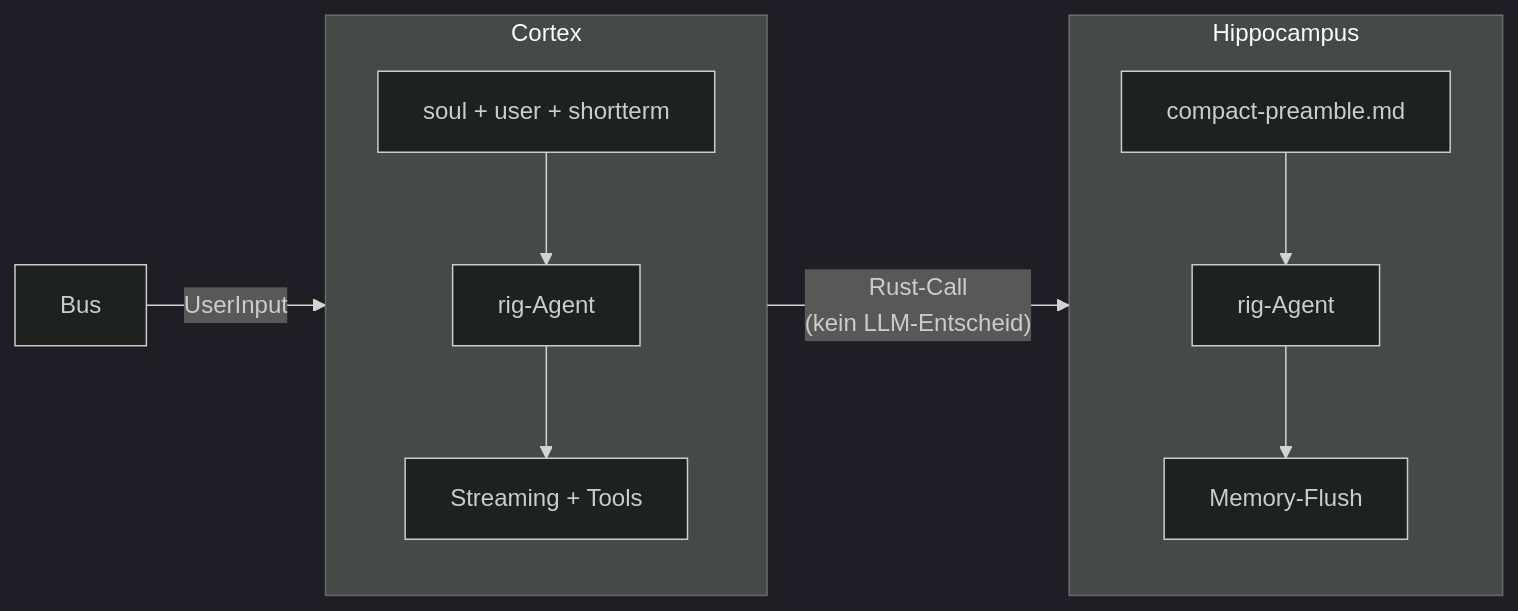
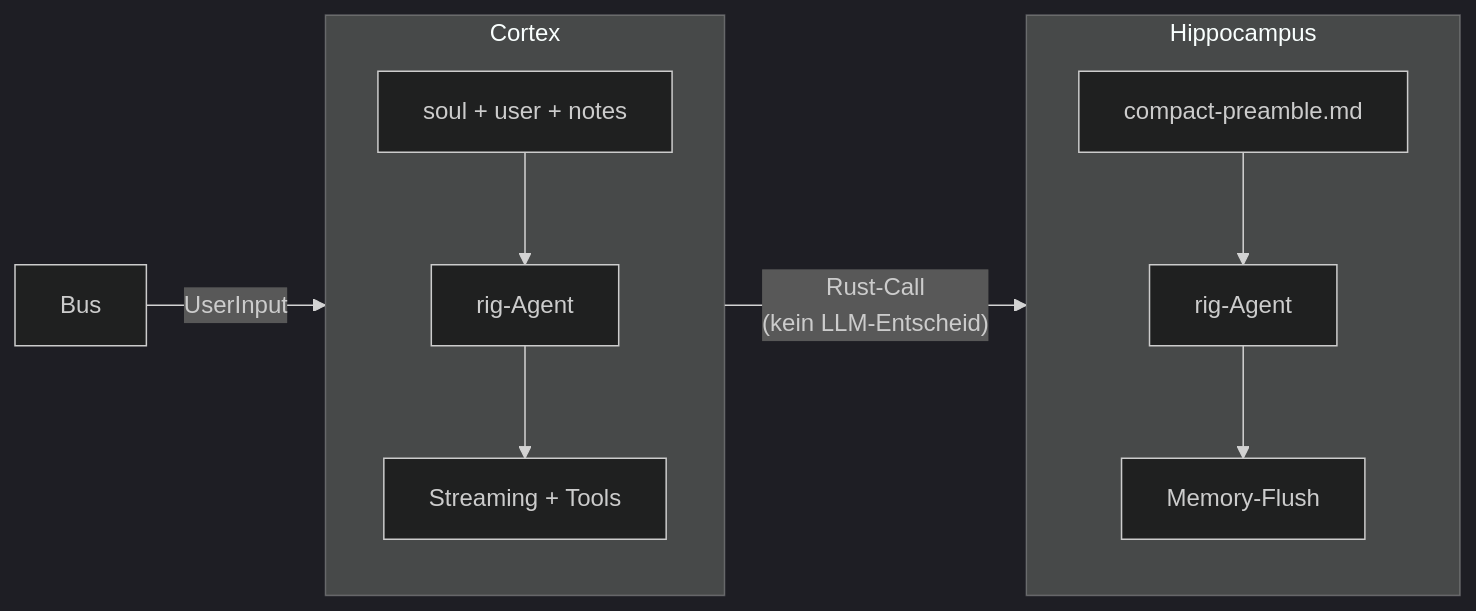
The third of 7 diagrams in docs/ARCHITECTURE.md (Superheld/aiux), drawn with Mermaid (dark theme) before and after one commit. The commit also changed other lines of this file and 13 other files, not shown here.

````diff
--- a/docs/ARCHITECTURE.md
+++ b/docs/ARCHITECTURE.md
@@ -122,15 +122,15 @@
 ```mermaid
 flowchart LR
   subgraph Cortex
     direction TB
-    C1[soul + user + shortterm] --> C2[rig-Agent]
+    C1[soul + user + notes] --> C2[rig-Agent]
     C2 --> C3[Streaming + Tools]
   end
   subgraph Hippocampus
     direction TB
     H1[compact-preamble.md] --> H2[rig-Agent]
     H2 --> H3[Memory-Flush]
   end
   Bus -->|UserInput| Cortex
   Cortex -->|"Rust-Call\n(kein LLM-Entscheid)"| Hippocampus
 ```
````
